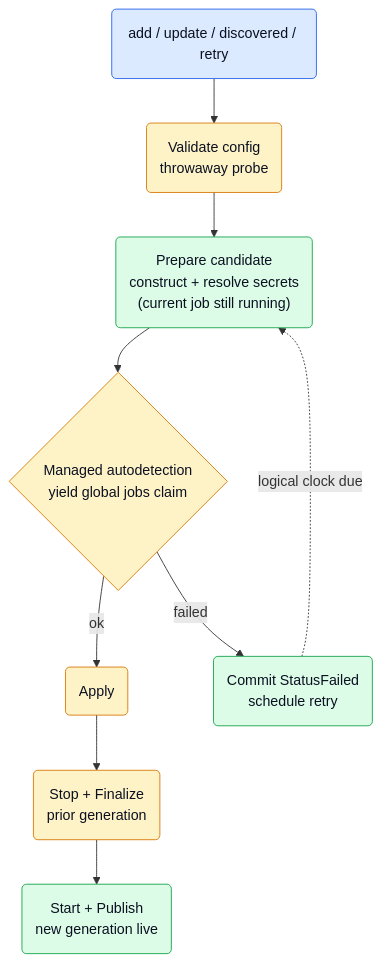
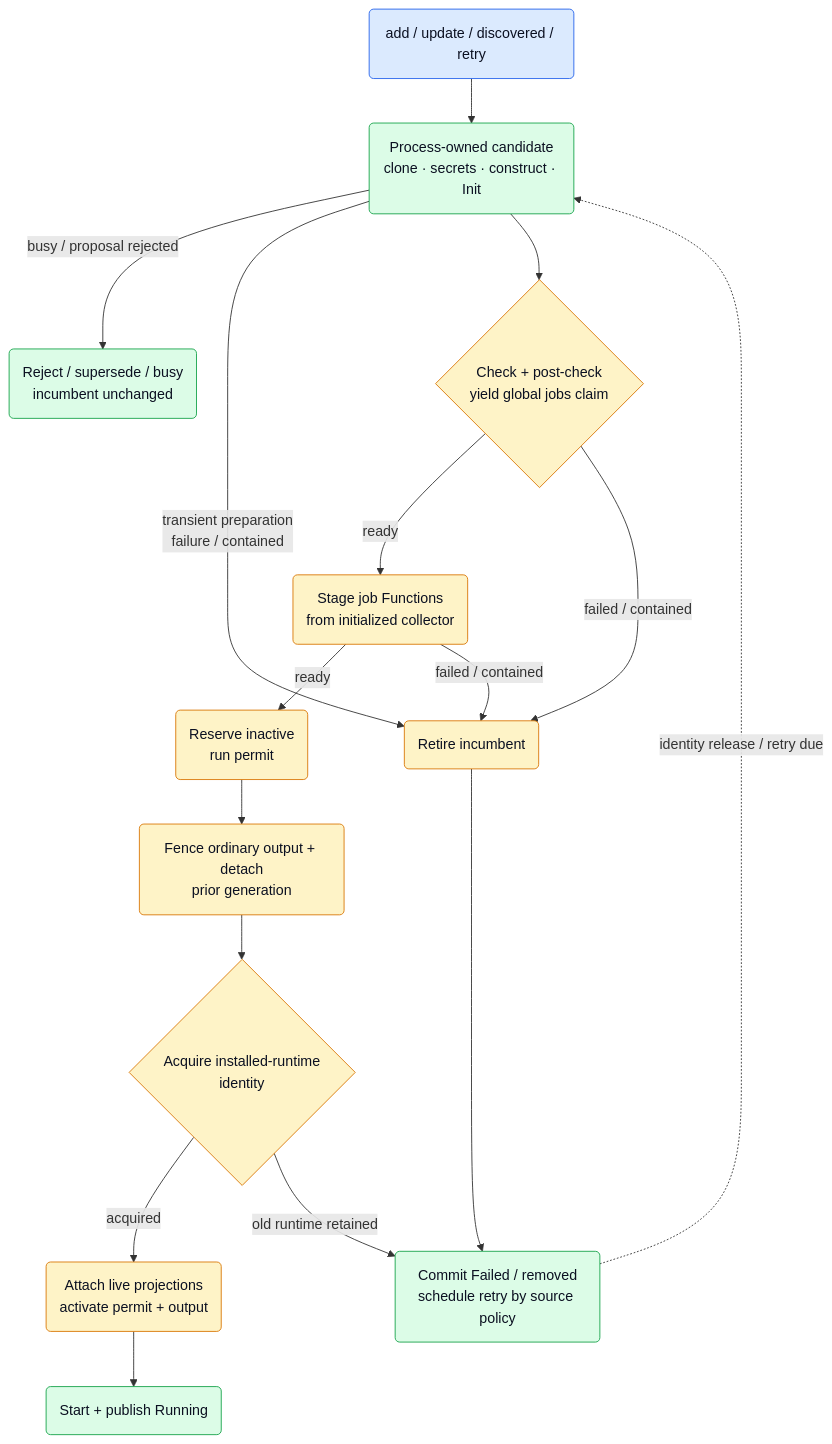
Before and after one commit to netdata/netdata: the sixth of 11 diagrams in src/go/plugin/agent/jobmgr/ARCHITECTURE.md, drawn with Mermaid. The commit also changed other lines of this file and 161 other files, not shown here.

````diff
--- a/src/go/plugin/agent/jobmgr/ARCHITECTURE.md
+++ b/src/go/plugin/agent/jobmgr/ARCHITECTURE.md
@@ -284,23 +510,34 @@
 ```mermaid
 flowchart TD
     Cmd("add / update / discovered / retry")
-    Validate("Validate config<br/>throwaway probe")
-    Prepare("Prepare candidate<br/>construct + resolve secrets<br/>(current job still running)")
-    AutoD{"Managed autodetection<br/>yield global jobs claim"}
-    Apply("Apply")
-    StopOld("Stop + Finalize<br/>prior generation")
-    Live("Start + Publish<br/>new generation live")
-    Fail("Commit StatusFailed<br/>schedule retry")
+    Stage("Process-owned candidate<br/>clone · secrets · construct · Init")
+    AutoD{"Check + post-check<br/>yield global jobs claim"}
+    Functions("Stage job Functions<br/>from initialized collector")
+    Keep("Reject / supersede / busy<br/>incumbent unchanged")
+    Reserve("Reserve inactive<br/>run permit")
+    Retire("Fence ordinary output + detach<br/>prior generation")
+    Promote{"Acquire installed-runtime<br/>identity"}
+    Attach("Attach live projections<br/>activate permit + output")
+    Live("Start + publish Running")
+    RetireFailed("Retire incumbent")
+    Fail("Commit Failed / removed<br/>schedule retry by source policy")
 
-    Cmd --> Validate --> Prepare --> AutoD
-    AutoD -->|"ok"| Apply --> StopOld --> Live
-    AutoD -->|"failed"| Fail
-    Fail -. "logical clock due" .-> Prepare
+    Cmd --> Stage
+    Stage -->|"busy / proposal rejected"| Keep
+    Stage -->|"transient preparation<br/>failure / contained"| RetireFailed
+    Stage --> AutoD
+    AutoD -->|"ready"| Functions
+    Functions -->|"ready"| Reserve --> Retire --> Promote
+    Functions -->|"failed / contained"| RetireFailed
+    Promote -->|"acquired"| Attach --> Live
+    AutoD -->|"failed / contained"| RetireFailed --> Fail
+    Promote -->|"old runtime retained"| Fail
+    Fail -. "identity release / retry due" .-> Stage
 
     classDef ext fill:#dbeafe,stroke:#2563eb,color:#0b1021;
     classDef core fill:#fef3c7,stroke:#d97706,color:#0b1021;
     classDef job fill:#dcfce7,stroke:#16a34a,color:#0b1021;
     class Cmd ext;
-    class Validate,Apply,StopOld,AutoD core;
-    class Prepare,Live,Fail job;
+    class AutoD,Functions,Reserve,Retire,RetireFailed,Promote,Attach core;
+    class Stage,Keep,Live,Fail job;
 ```
````
